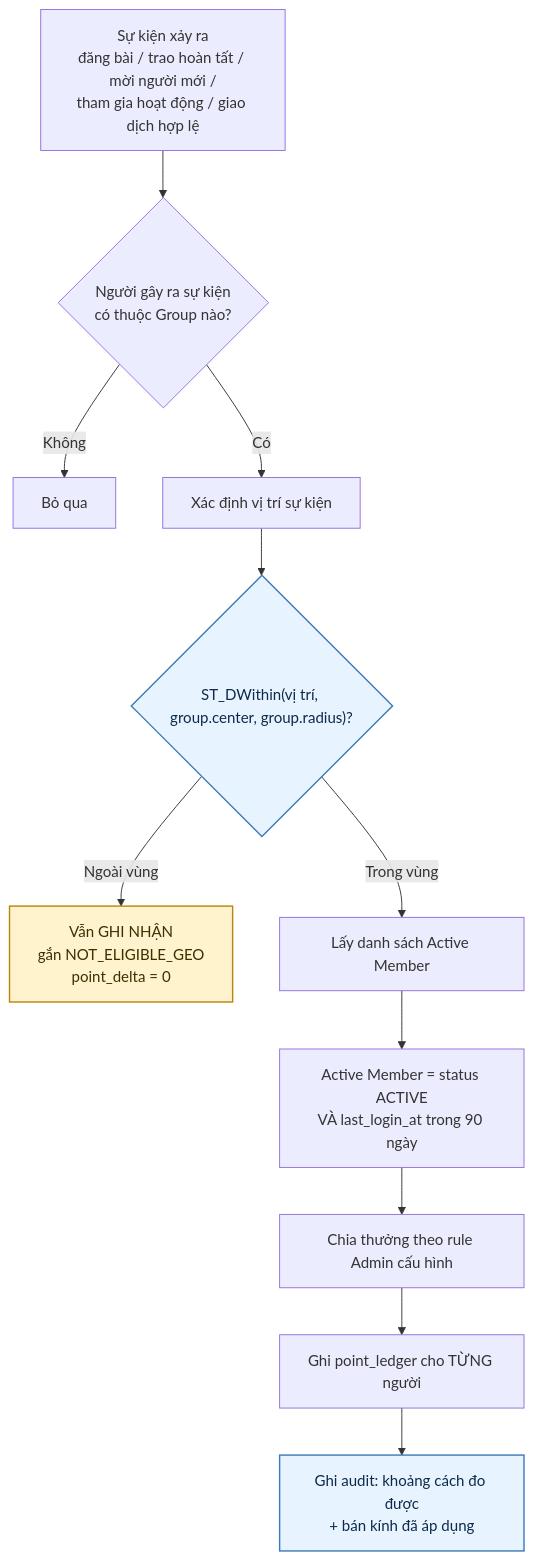
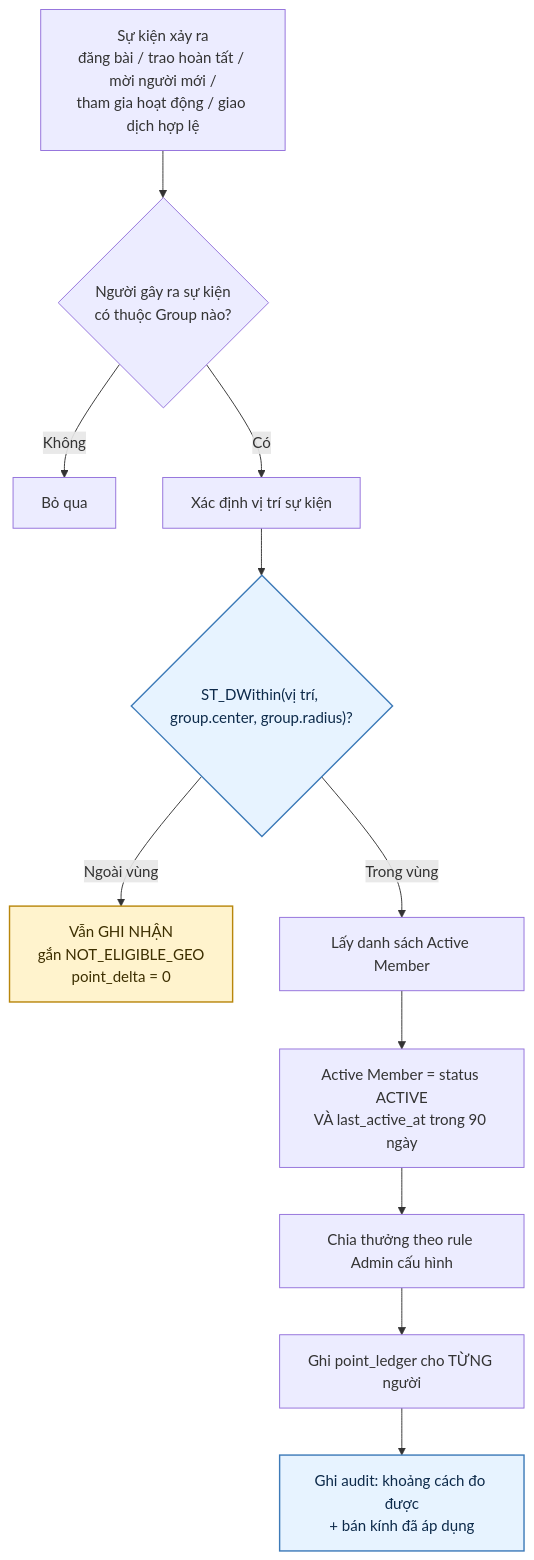
One commit to fdshn/trueheart changed the second of 5 diagrams in docs/diagram/19-affiliate.md. Above: the diagram before and after it, drawn with Mermaid. The commit also changed other lines of this file and 6 other files, not shown here.

````diff
--- a/docs/diagram/19-affiliate.md
+++ b/docs/diagram/19-affiliate.md
@@ -26,19 +28,19 @@
 ```mermaid
 flowchart TD
     A["Sự kiện xảy ra<br/>đăng bài / trao hoàn tất / mời người mới /<br/>tham gia hoạt động / giao dịch hợp lệ"] --> B{Người gây ra sự kiện<br/>có thuộc Group nào?}
     B -->|Không| C[Bỏ qua]
     B -->|Có| D[Xác định vị trí sự kiện]
 
     D --> E{"ST_DWithin(vị trí, group.center, group.radius)?"}
     E -->|Ngoài vùng| F["Vẫn GHI NHẬN<br/>gắn NOT_ELIGIBLE_GEO<br/>point_delta = 0"]
     E -->|Trong vùng| G[Lấy danh sách Active Member]
 
-    G --> H["Active Member = status ACTIVE<br/>VÀ last_login_at trong 90 ngày"]
+    G --> H["Active Member = status ACTIVE<br/>VÀ last_active_at trong 90 ngày"]
     H --> I[Chia thưởng theo rule Admin cấu hình]
     I --> J[Ghi point_ledger cho TỪNG người]
     J --> K["Ghi audit: khoảng cách đo được<br/>+ bán kính đã áp dụng"]
 
     style F fill:#fff3cd,stroke:#b8860b,stroke-width:1.5px,color:#3d2f00
     style E fill:#e7f3ff,stroke:#3d7ab8,stroke-width:1.5px,color:#0d2a4a
     style K fill:#e7f3ff,stroke:#3d7ab8,stroke-width:1.5px,color:#0d2a4a
 ```
````
